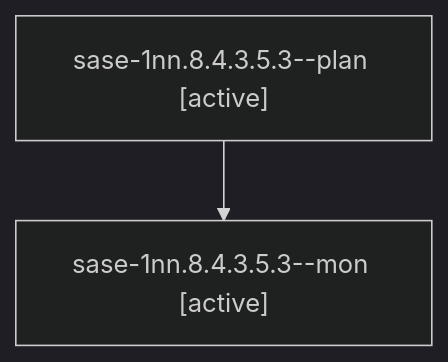
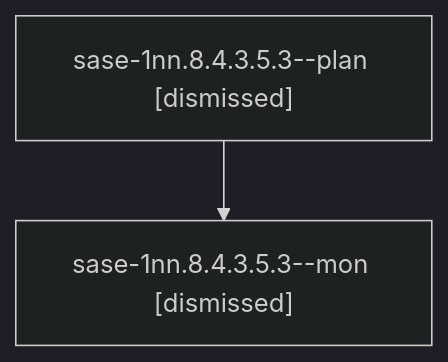
Before and after one commit to sase-org/sase--agents: the diagram in sessions/bbugyi200.athena.sase-1nn.8.4.3.5.3.md, drawn with Mermaid (dark theme). The commit also changed other lines of this file and 188 other files, not shown here.

````diff
--- a/sessions/bbugyi200.athena.sase-1nn.8.4.3.5.3.md
+++ b/sessions/bbugyi200.athena.sase-1nn.8.4.3.5.3.md
@@ -9,6 +9,6 @@
 ```mermaid
 flowchart TD
-  n0["sase-1nn.8.4.3.5.3--plan [active]"]
-  n1["sase-1nn.8.4.3.5.3--mon [active]"]
+  n0["sase-1nn.8.4.3.5.3--plan [dismissed]"]
+  n1["sase-1nn.8.4.3.5.3--mon [dismissed]"]
   n0 --> n1
 ```
````
